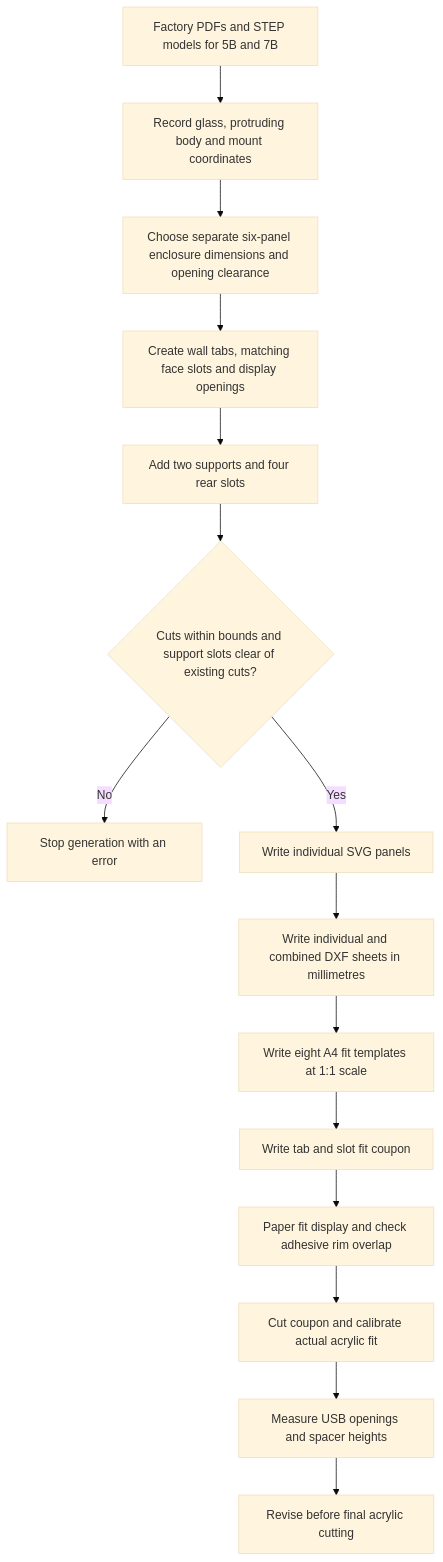
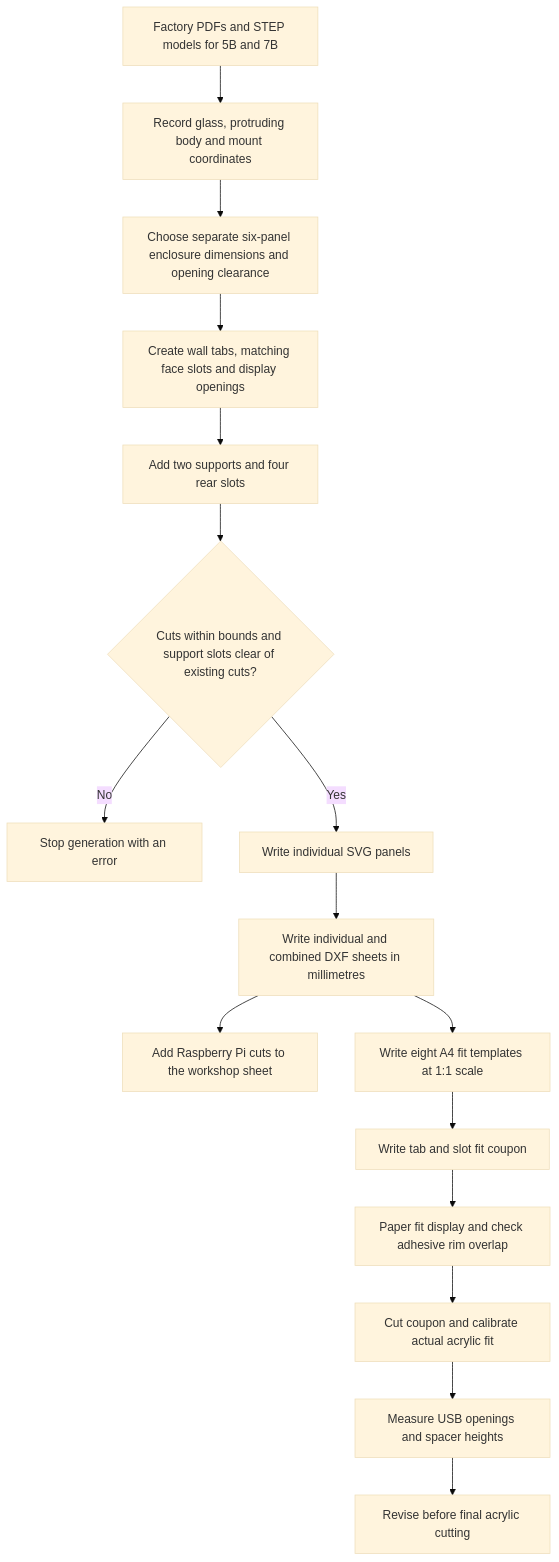
Before and after one commit to shaposhnikoff/esp32-s3-5-7-box-cases: the diagram in docs/diagrams/acrylic-case-generation-flow.md, drawn with Mermaid (base theme). The commit also changed 6 other files, not shown here.

Commit message:
docs: streamline workshop guide and add combined cutting sheet

````diff
--- a/docs/diagrams/acrylic-case-generation-flow.md
+++ b/docs/diagrams/acrylic-case-generation-flow.md
@@ -3,17 +3,18 @@
 ```mermaid
 flowchart TD
     A[Factory PDFs and STEP models for 5B and 7B] --> B[Record glass, protruding body and mount coordinates]
     B --> C[Choose separate six-panel enclosure dimensions and opening clearance]
     C --> D[Create wall tabs, matching face slots and display openings]
     D --> P[Add two supports and four rear slots]
     P --> E{Cuts within bounds and support slots clear of existing cuts?}
     E -- No --> F[Stop generation with an error]
     E -- Yes --> G[Write individual SVG panels]
     G --> H[Write individual and combined DXF sheets in millimetres]
+    H --> W[Add Raspberry Pi cuts to the workshop sheet]
     H --> I[Write eight A4 fit templates at 1:1 scale]
     I --> J[Write tab and slot fit coupon]
     J --> K[Paper fit display and check adhesive rim overlap]
     K --> L[Cut coupon and calibrate actual acrylic fit]
     L --> M[Measure USB openings and spacer heights]
     M --> N[Revise before final acrylic cutting]
 ```
````
